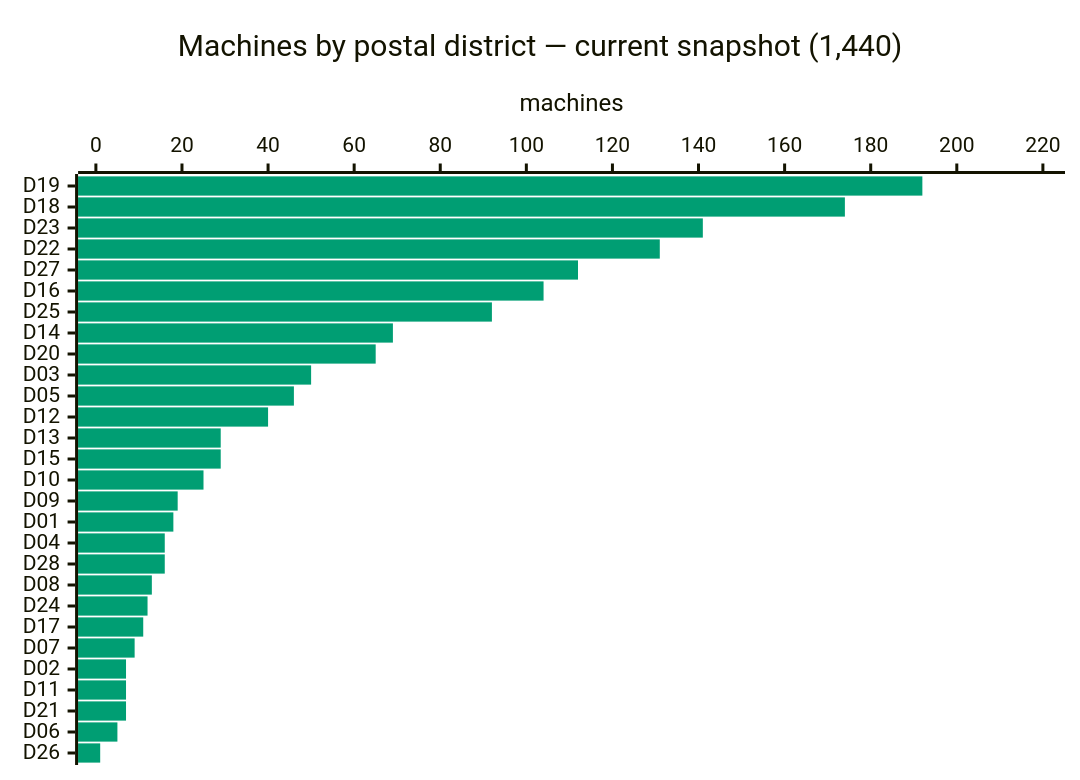
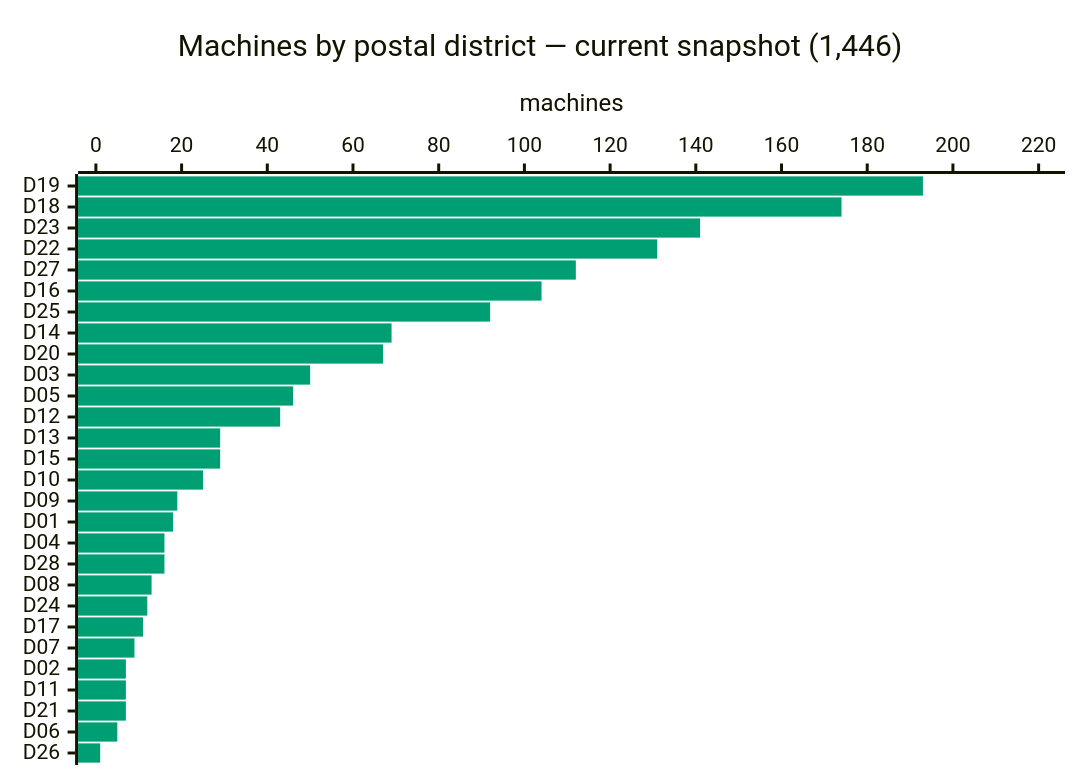
Before and after one commit to cheeaun/returnright-data: the third of 5 diagrams in ANALYSIS.md, drawn with Mermaid. The commit also changed other lines of this file and 4 other files, not shown here.

````diff
--- a/ANALYSIS.md
+++ b/ANALYSIS.md
@@ -90,16 +92,16 @@
 ```mermaid
 ---
 config:
   themeVariables:
     xyChart:
       plotColorPalette: "#009E73"
   xyChart:
     chartOrientation: "horizontal"
     plotReservedSpacePercent: 40
 ---
 xychart-beta
-    title "Machines by postal district — current snapshot (1,440)"
+    title "Machines by postal district — current snapshot (1,446)"
     x-axis ["D19", "D18", "D23", "D22", "D27", "D16", "D25", "D14", "D20", "D03", "D05", "D12", "D13", "D15", "D10", "D09", "D01", "D04", "D28", "D08", "D24", "D17", "D07", "D02", "D11", "D21", "D06", "D26"]
-    y-axis "machines" 0 --> 221
-    bar [192, 174, 141, 131, 112, 104, 92, 69, 65, 50, 46, 40, 29, 29, 25, 19, 18, 16, 16, 13, 12, 11, 9, 7, 7, 7, 5, 1]
+    y-axis "machines" 0 --> 222
+    bar [193, 174, 141, 131, 112, 104, 92, 69, 67, 50, 46, 43, 29, 29, 25, 19, 18, 16, 16, 13, 12, 11, 9, 7, 7, 7, 5, 1]
 ```
````
